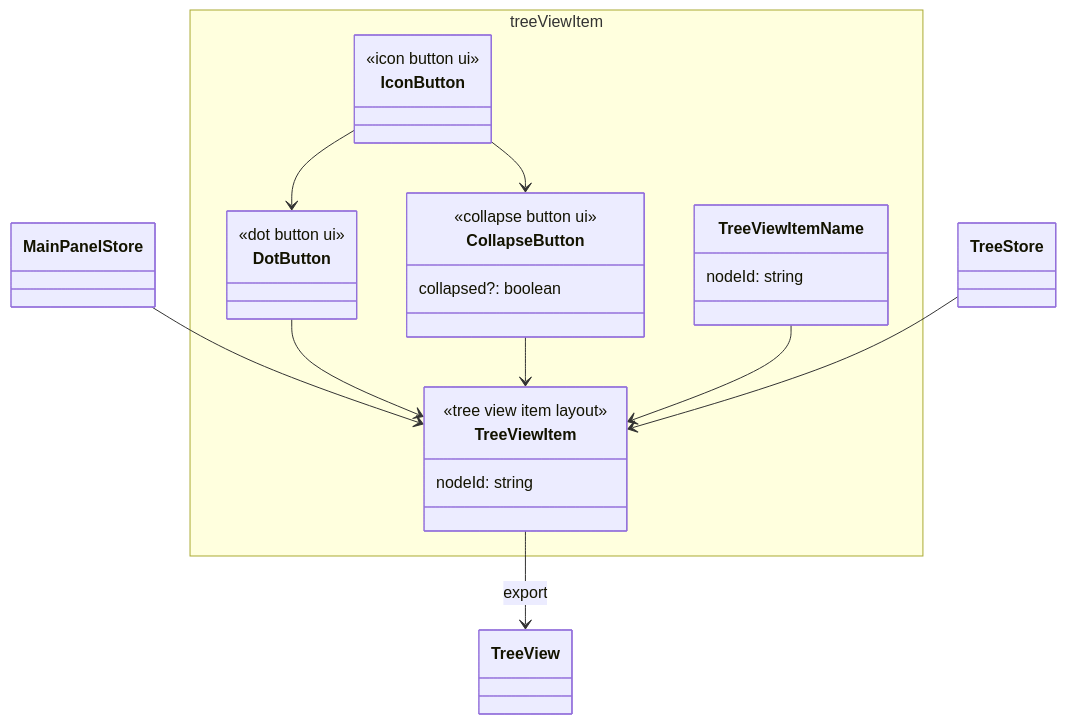
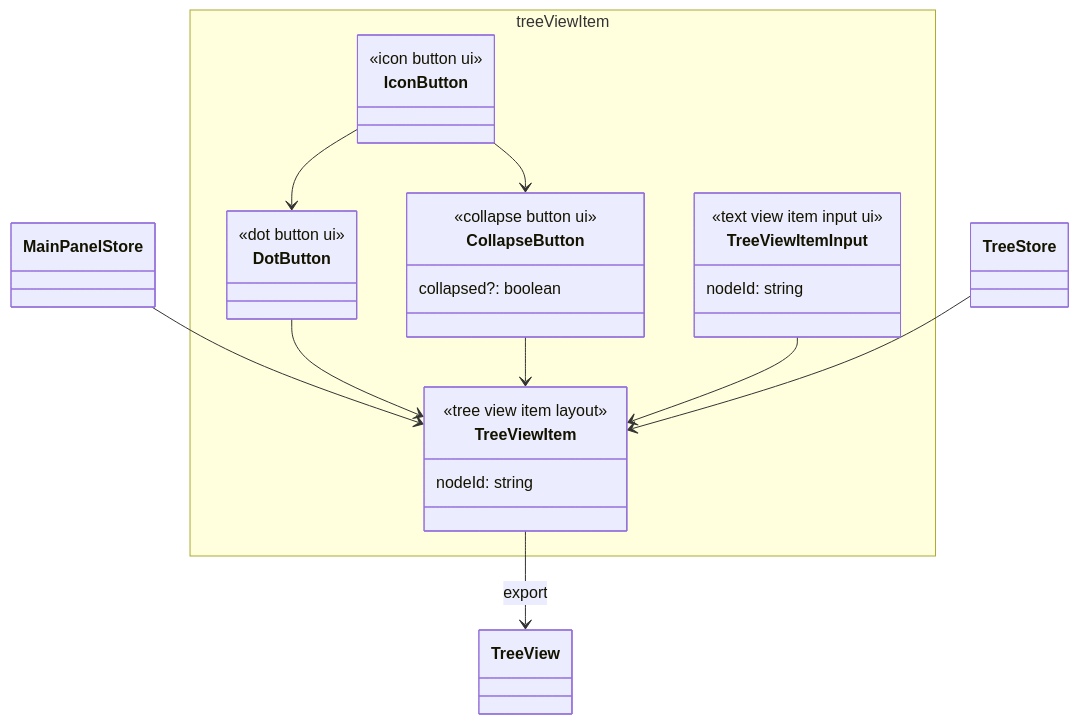
The diagram in src/renderer/src/components/Body/MainPanel/TreeView/TreeViewItem/MODEL.md (wes5510/voyl), drawn with Mermaid before and after one commit. The commit also changed 3 other files, not shown here.

Commit message:
feat: add TreeViewItemInput component

````diff
--- a/src/renderer/src/components/Body/MainPanel/TreeView/TreeViewItem/MODEL.md
+++ b/src/renderer/src/components/Body/MainPanel/TreeView/TreeViewItem/MODEL.md
@@ -1,36 +1,37 @@
 ```mermaid
 classDiagram
   TreeViewItem --> TreeView: export
   MainPanelStore --> TreeViewItem
 
   namespace treeViewItem {
     class TreeViewItem {
     <<tree view item layout>>
       nodeId: string
     }
 
     class IconButton {
       <<icon button ui>>
     }
 
     class CollapseButton {
       <<collapse button ui>>
       collapsed?: boolean
     }
 
     class DotButton {
       <<dot button ui>>
     }
 
-    class TreeViewItemName {
+    class TreeViewItemInput {
+      <<text view item input ui>>
       nodeId: string
     }
   }
 
   IconButton --> CollapseButton
   IconButton --> DotButton
   DotButton --> TreeViewItem
   CollapseButton --> TreeViewItem
-  TreeViewItemName --> TreeViewItem
+  TreeViewItemInput --> TreeViewItem
   TreeStore --> TreeViewItem
 ```
````
